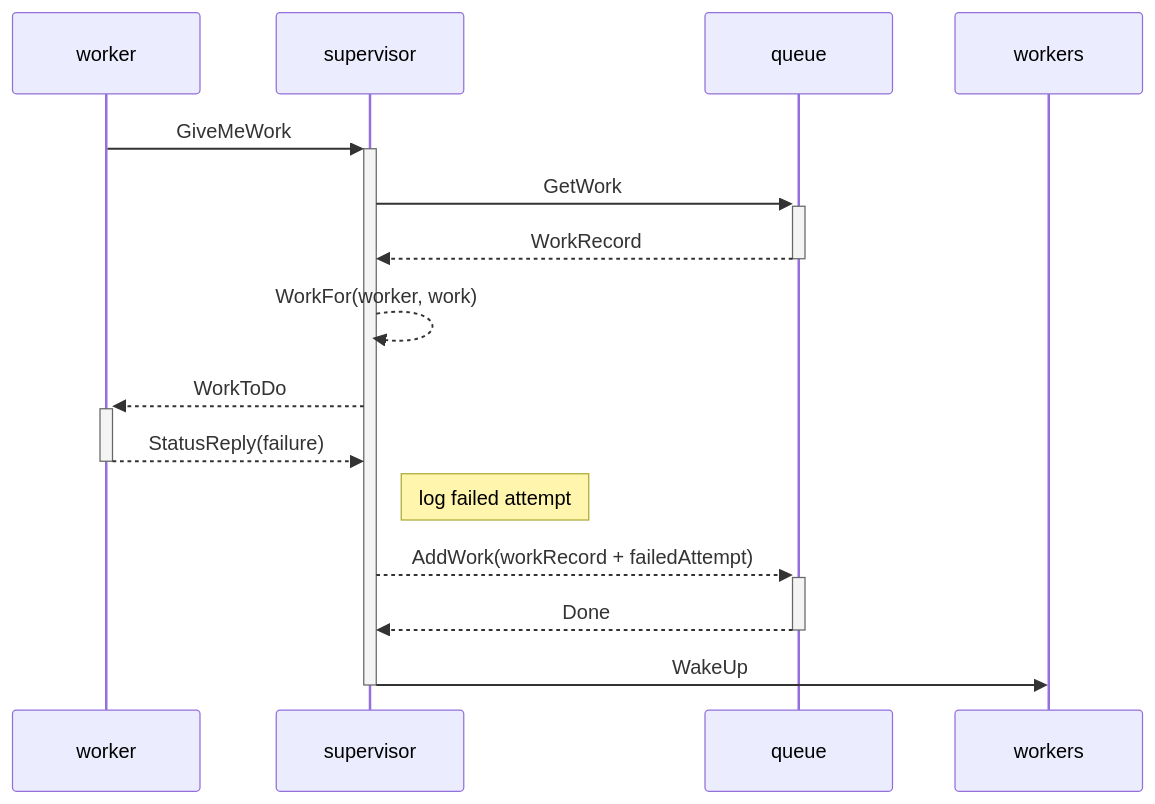
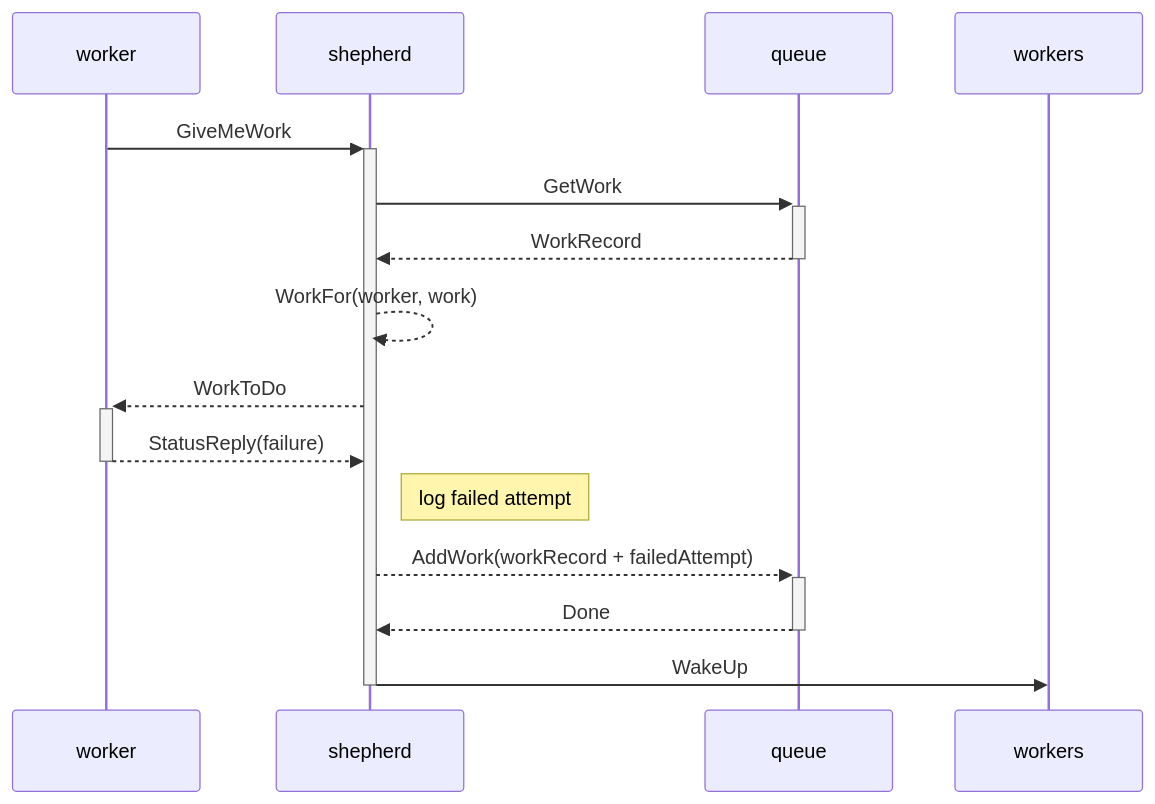
Before and after one commit to popiel/worker-pool: the sixth of 7 diagrams in README.md, drawn with Mermaid. The commit also changed other lines of this file, not shown here.

Commit message:
Rename supervisor to shepherd to highlight added responsibility

````diff
--- a/README.md
+++ b/README.md
@@ -115,13 +115,13 @@
 ```mermaid
 sequenceDiagram
-worker ->>+ supervisor: GiveMeWork
-supervisor ->>+ queue: GetWork
-queue -->>- supervisor: WorkRecord
-supervisor -->> supervisor: WorkFor(worker, work)
-supervisor -->>+ worker: WorkToDo
-worker -->>- supervisor: StatusReply(failure)
-note right of supervisor: log failed attempt
-supervisor -->>+ queue: AddWork(workRecord + failedAttempt)
-queue -->>- supervisor: Done
-supervisor ->>- workers: WakeUp
+worker ->>+ shepherd: GiveMeWork
+shepherd ->>+ queue: GetWork
+queue -->>- shepherd: WorkRecord
+shepherd -->> shepherd: WorkFor(worker, work)
+shepherd -->>+ worker: WorkToDo
+worker -->>- shepherd: StatusReply(failure)
+note right of shepherd: log failed attempt
+shepherd -->>+ queue: AddWork(workRecord + failedAttempt)
+queue -->>- shepherd: Done
+shepherd ->>- workers: WakeUp
 ```
````
